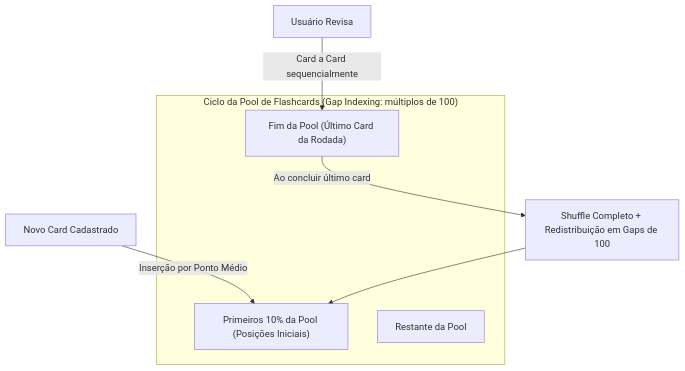
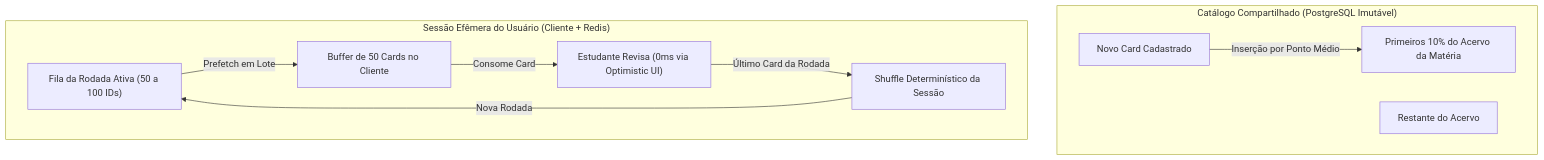
One commit to gabrielffreitas94-commits/study_reviewer changed the first of 4 diagrams in PRD.md. Above: the diagram before and after it, drawn with Mermaid. The commit also changed other lines of this file, not shown here.

Commit message:
docs(prd): update PRD to v7.0 with high-scale architecture and strategic product milestones

````diff
--- a/PRD.md
+++ b/PRD.md
@@ -30,13 +36,19 @@
 ```mermaid
 flowchart TD
-    subgraph Ciclo_da_Pool["Ciclo da Pool de Flashcards (Gap Indexing: múltiplos de 100)"]
-        Head["Primeiros 10% da Pool (Posições Iniciais)"]
-        Body["Restante da Pool"]
-        Tail["Fim da Pool (Último Card da Rodada)"]
+    subgraph Catálogo["Catálogo Compartilhado (PostgreSQL Imutável)"]
+        Head["Primeiros 10% do Acervo da Matéria"]
+        Body["Restante do Acervo"]
+        NewCard["Novo Card Cadastrado"] -->|Inserção por Ponto Médio| Head
     end
 
-    NewCard["Novo Card Cadastrado"] -->|Inserção por Ponto Médio| Head
-    User["Usuário Revisa"] -->|Card a Card sequencialmente| Tail
-    Tail -->|Ao concluir último card| Shuffle["Shuffle Completo + Redistribuição em Gaps de 100"]
-    Shuffle --> Head
+    subgraph Sessao["Sessão Efêmera do Usuário (Cliente + Redis)"]
+        Queue["Fila da Rodada Ativa (50 a 100 IDs)"]
+        Prefetch["Buffer de 50 Cards no Cliente"]
+        User["Estudante Revisa (0ms via Optimistic UI)"]
+        
+        Queue -->|Prefetch em Lote| Prefetch
+        Prefetch -->|Consome Card| User
+        User -->|Último Card da Rodada| Shuffle["Shuffle Determinístico da Sessão"]
+        Shuffle -->|Nova Rodada| Queue
+    end
 ```
````
